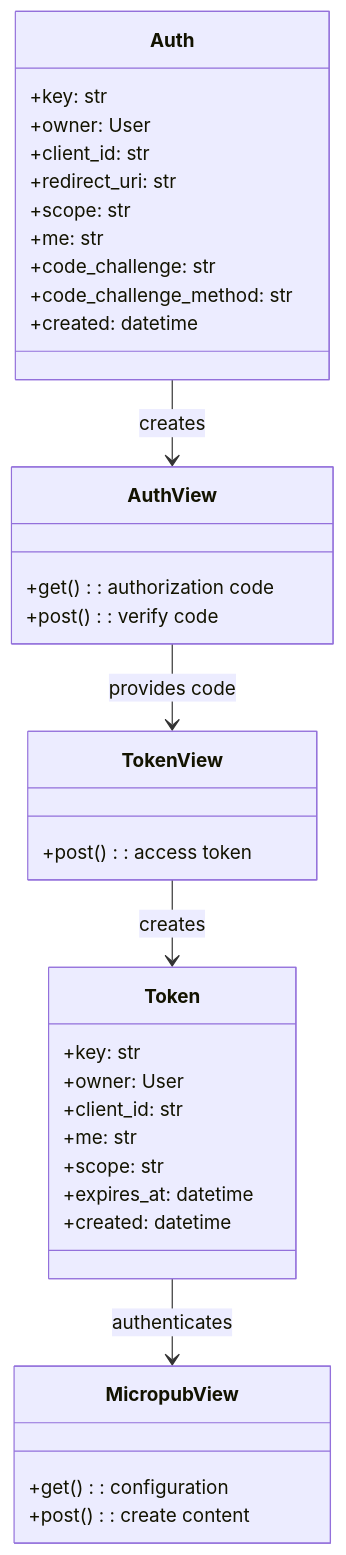
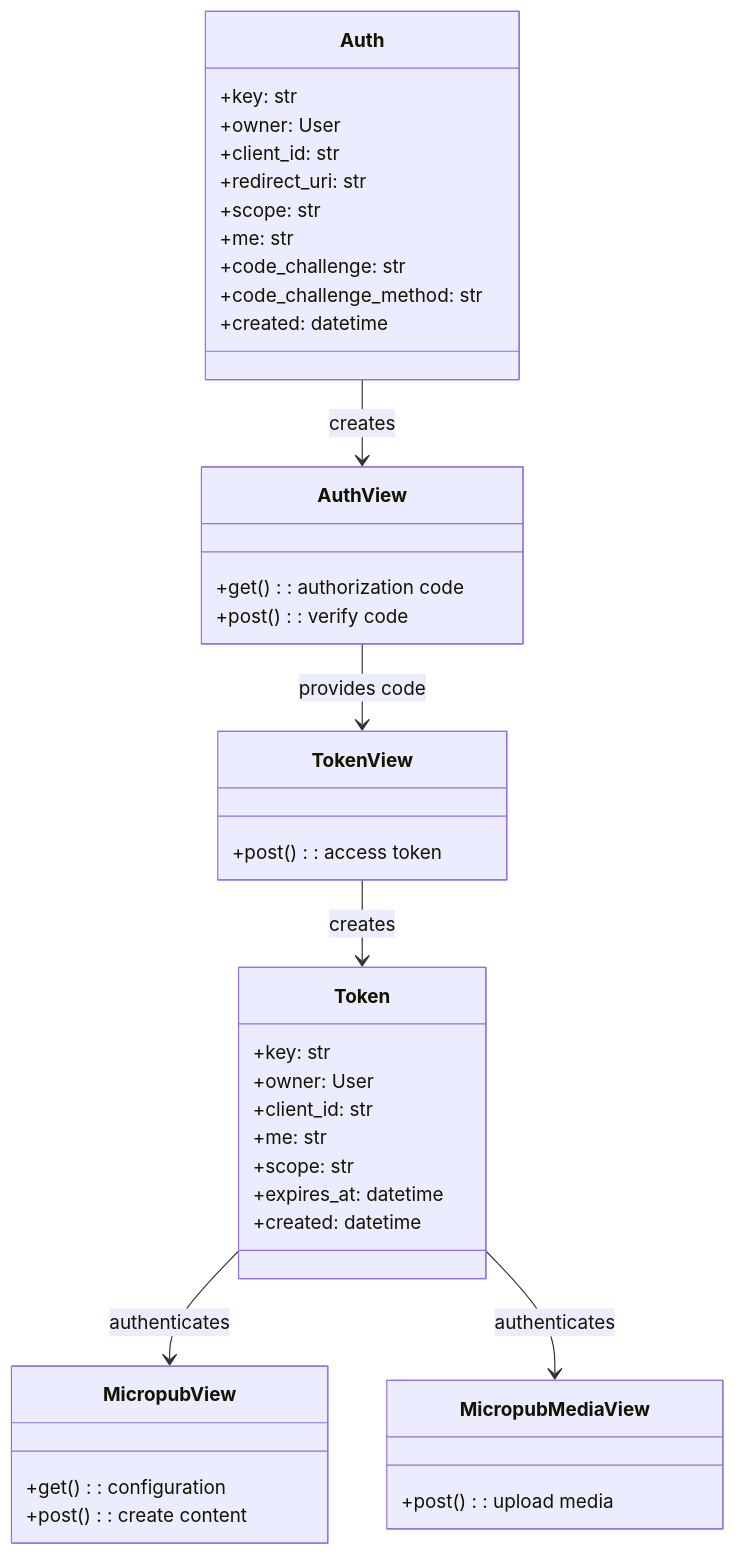
Before and after one commit to ephes/django-indieweb: the third of 3 diagrams in docs/concepts.rst, drawn with Mermaid. The commit also changed other lines of this file and 14 other files, not shown here.

Commit message:
Add Micropub media endpoint

```diff
--- a/docs/concepts.rst
+++ b/docs/concepts.rst
@@ -95,43 +95,48 @@
 .. mermaid::
 
    classDiagram
        class Auth {
            +key: str
            +owner: User
            +client_id: str
            +redirect_uri: str
            +scope: str
            +me: str
            +code_challenge: str
            +code_challenge_method: str
            +created: datetime
        }
 
        class Token {
            +key: str
            +owner: User
            +client_id: str
            +me: str
            +scope: str
            +expires_at: datetime
            +created: datetime
        }
 
        class AuthView {
            +get() : authorization code
            +post() : verify code
        }
 
        class TokenView {
            +post() : access token
        }
 
        class MicropubView {
            +get() : configuration
            +post() : create content
        }
 
+       class MicropubMediaView {
+           +post() : upload media
+       }
+
        Auth --> AuthView : creates
        AuthView --> TokenView : provides code
        TokenView --> Token : creates
        Token --> MicropubView : authenticates
+       Token --> MicropubMediaView : authenticates
```
